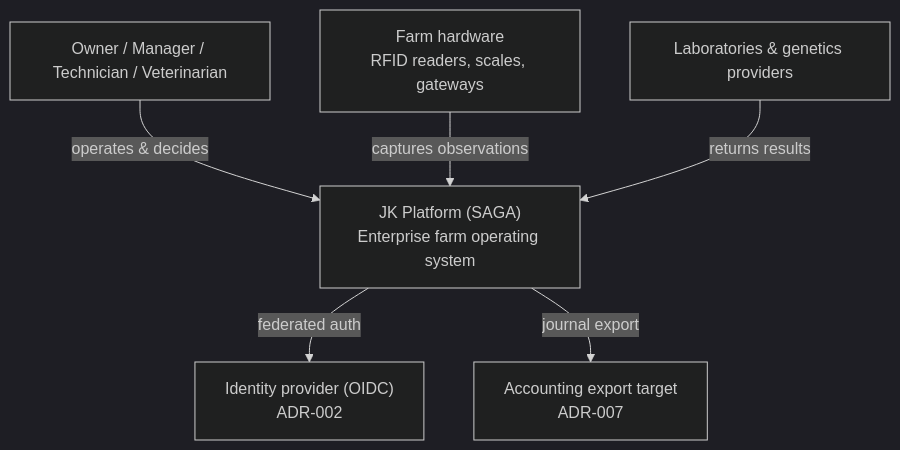
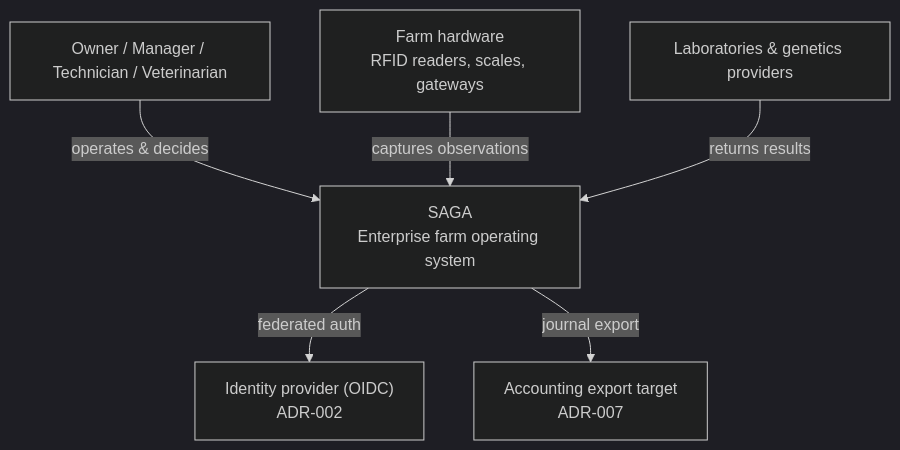
The first of 3 diagrams in docs/architecture/c4-context-and-container.md (jorquesa-hue/SAGA), drawn with Mermaid (dark theme) before and after one commit. The commit also changed 48 other files, not shown here.

First line of the commit message:
docs(brand): rename product from "JK Platform" to "SAGA" (#18)

````diff
--- a/docs/architecture/c4-context-and-container.md
+++ b/docs/architecture/c4-context-and-container.md
@@ -8,15 +8,15 @@
 ```mermaid
 flowchart TB
   people["Owner / Manager / Technician / Veterinarian"]
-  jk["JK Platform (SAGA)\nEnterprise farm operating system"]
+  jk["SAGA\nEnterprise farm operating system"]
   idp["Identity provider (OIDC)\nADR-002"]
   hw["Farm hardware\nRFID readers, scales, gateways"]
   lab["Laboratories & genetics providers"]
   acct["Accounting export target\nADR-007"]
 
   people -->|operates & decides| jk
   jk -->|federated auth| idp
   hw -->|captures observations| jk
   lab -->|returns results| jk
   jk -->|journal export| acct
 ```
````
